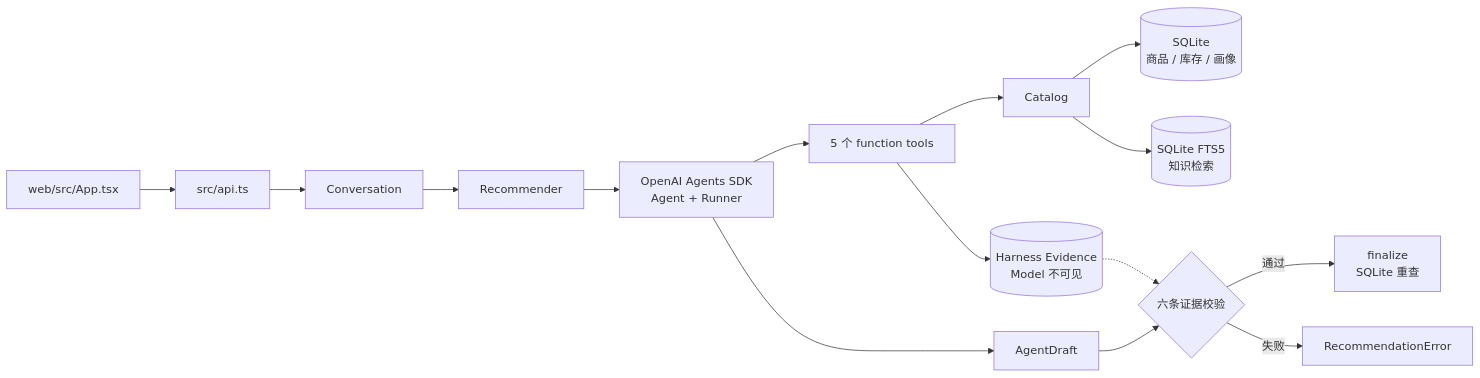
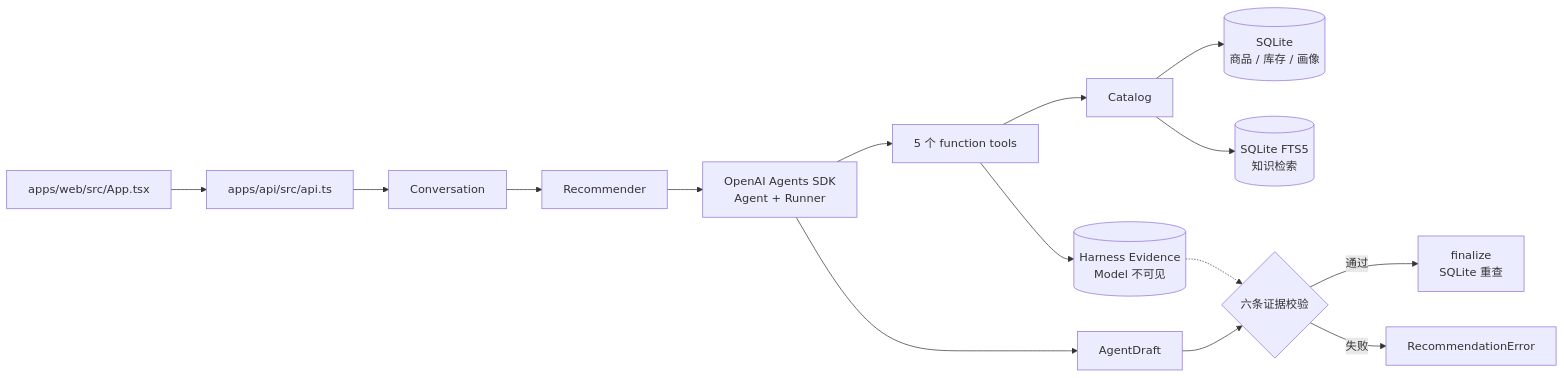
One commit to ImWenyaoT/chatty changed the diagram in docs/roadmap.md. Above: the diagram before and after it, drawn with Mermaid. The commit also changed other lines of this file and 45 other files, not shown here.

````diff
--- a/docs/roadmap.md
+++ b/docs/roadmap.md
@@ -7,17 +7,17 @@
 ```mermaid
 flowchart LR
-    UI["web/src/App.tsx"] --> API["src/api.ts"]
+    UI["apps/web/src/App.tsx"] --> API["apps/api/src/api.ts"]
     API --> C["Conversation"]
     C --> R["Recommender"]
     R --> SDK["OpenAI Agents SDK<br/>Agent + Runner"]
     SDK --> T["5 个 function tools"]
     T --> E[("Harness Evidence<br/>Model 不可见")]
     T --> CAT["Catalog"]
     CAT --> DB[("SQLite<br/>商品 / 库存 / 画像")]
     CAT --> FTS[("SQLite FTS5<br/>知识检索")]
     SDK --> D["AgentDraft"]
     D --> V{"六条证据校验"}
     E -.-> V
     V -->|"通过"| FIN["finalize<br/>SQLite 重查"]
     V -->|"失败"| ERR["RecommendationError"]
 ```
````
